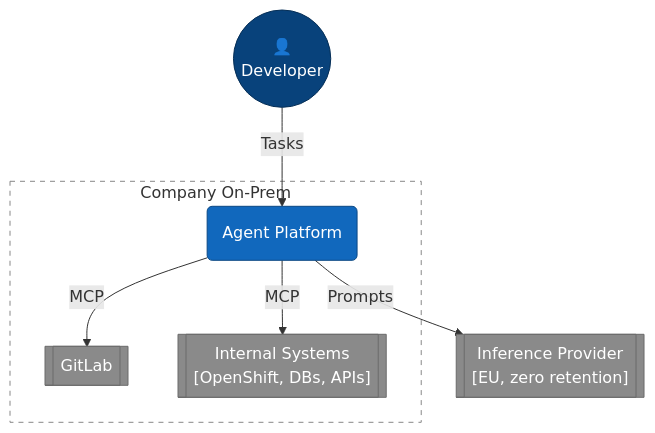
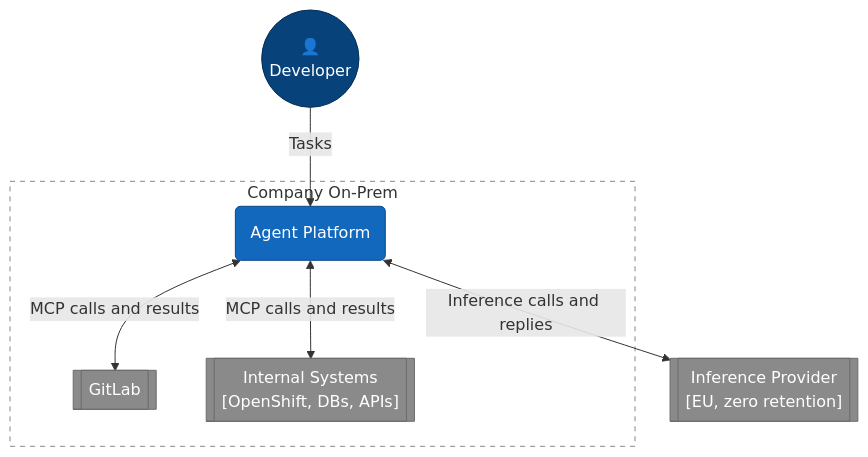
The second of 5 diagrams in remote-inference-agent-on-prem.md (ghinta/coding-agent), drawn with Mermaid before and after one commit. The commit also changed other lines of this file and 4 other files, not shown here.

````diff
--- a/remote-inference-agent-on-prem.md
+++ b/remote-inference-agent-on-prem.md
@@ -48,26 +100,26 @@
 ```mermaid
 flowchart TB
     dev(("👤<br/>Developer"))
     llm[["Inference Provider<br/>[EU, zero retention]"]]
 
     subgraph company ["Company On-Prem"]
         platform("Agent Platform")
         gitlab[["GitLab"]]
         internal[["Internal Systems<br/>[OpenShift, DBs, APIs]"]]
     end
 
     dev -->|Tasks| platform
-    platform -->|Prompts| llm
-    platform -->|MCP| gitlab
-    platform -->|MCP| internal
+    platform <-->|Inference calls and replies| llm
+    platform <-->|MCP calls and results| gitlab
+    platform <-->|MCP calls and results| internal
 
     classDef person fill:#08427b,stroke:#052e56,color:#fff
     classDef system fill:#1168bd,stroke:#0b4884,color:#fff
     classDef container fill:#438dd5,stroke:#2e6295,color:#fff
     classDef component fill:#85bbf0,stroke:#5d82a8,color:#000
     classDef ext fill:#8a8a8a,stroke:#6b6b6b,color:#fff
     class dev person
     class platform system
     class llm,gitlab,internal ext
     style company fill:none,stroke:#888,stroke-dasharray:5 5
 ```
````
